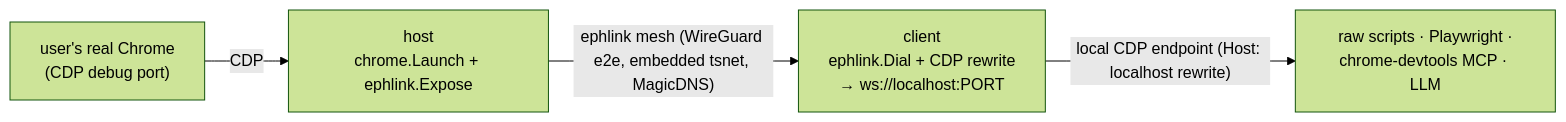
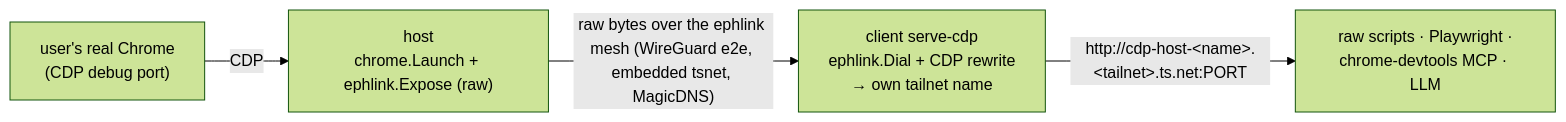
The diagram in README.md (dostarora97/ephlink), drawn with Mermaid (forest theme) before and after one commit. The commit also changed other lines of this file and 9 other files, not shown here.

First line of the commit message:
multi-host: generic raw host + operator-side CDP re-present

````diff
--- a/README.md
+++ b/README.md
@@ -20,10 +20,10 @@
 ```mermaid
 flowchart LR
     chrome["user's real Chrome<br/>(CDP debug port)"]
-    host["host<br/>chrome.Launch + ephlink.Expose"]
-    client["client<br/>ephlink.Dial + CDP rewrite<br/>→ ws://localhost:PORT"]
+    host["host<br/>chrome.Launch + ephlink.Expose (raw)"]
+    client["client serve-cdp<br/>ephlink.Dial + CDP rewrite<br/>→ own tailnet name"]
     clients["raw scripts · Playwright ·<br/>chrome-devtools MCP · LLM"]
     chrome -->|CDP| host
-    host -->|"ephlink mesh (WireGuard e2e, embedded tsnet, MagicDNS)"| client
-    client -->|"local CDP endpoint (Host: localhost rewrite)"| clients
+    host -->|"raw bytes over the ephlink mesh (WireGuard e2e, embedded tsnet, MagicDNS)"| client
+    client -->|"http://cdp-host-&lt;name&gt;.&lt;tailnet&gt;.ts.net:PORT"| clients
 ```
````
